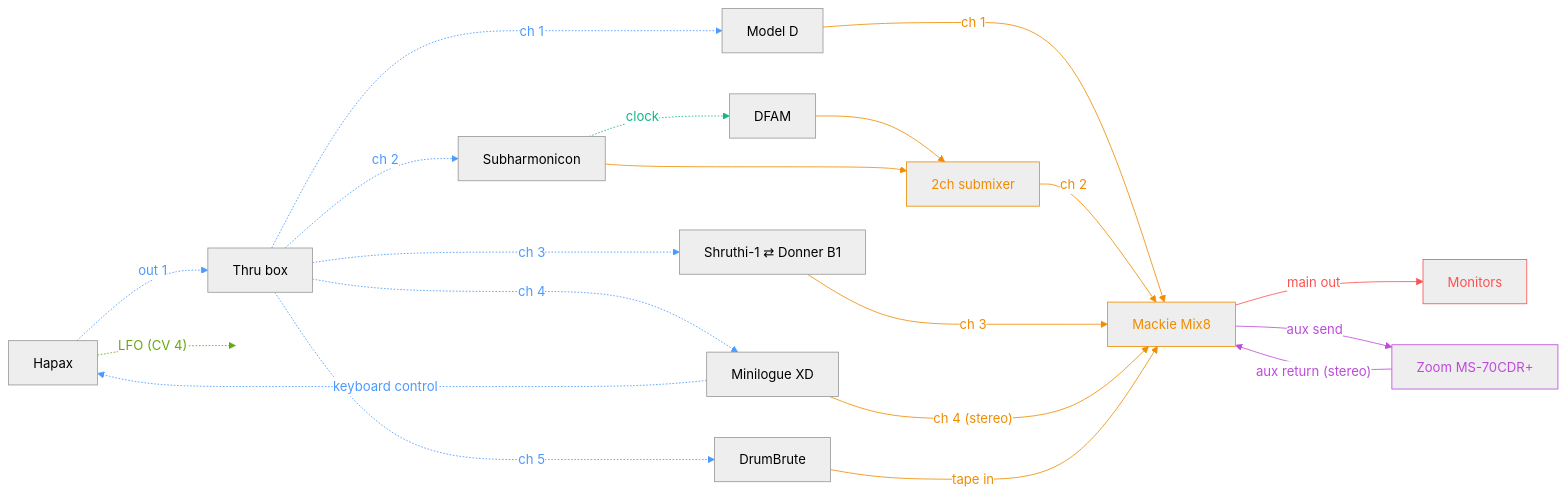
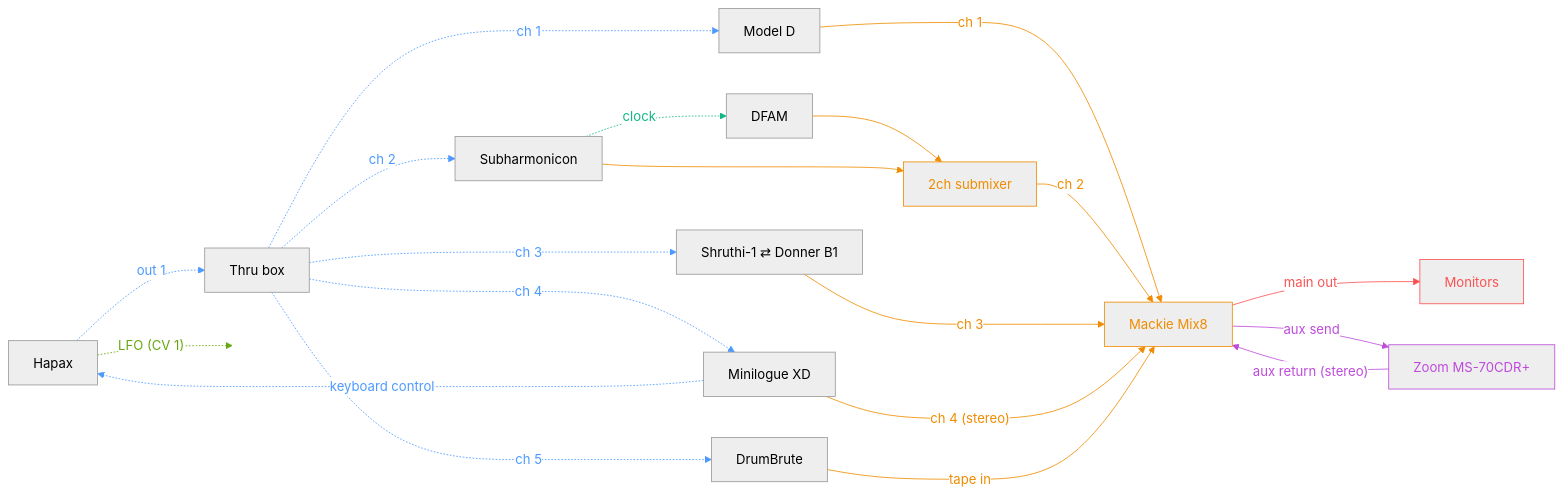
One commit to saponace/synth-setup changed the diagram in README.md. Above: the diagram before and after it, drawn with Mermaid.

Commit message:
Move LFO spare output to CV 1 (CV-only, no gate cable)

````diff
--- a/README.md
+++ b/README.md
@@ -1,77 +1,77 @@
 ```mermaid
 ---
 config:
   theme: neutral
 ---
 flowchart LR
     %% ----- One color per connection group -----
     classDef midi stroke:#4c9aff,color:#4c9aff
     classDef clock stroke:#12b886,color:#12b886
     classDef cv stroke:#66a80f,color:#66a80f
     classDef mixer stroke:#f08c00,color:#f08c00
     classDef fx stroke:#be4bdb,color:#be4bdb
     classDef monitoring stroke:#fa5252,color:#fa5252
 
     %% ===== Sequencer brain =====
     HAPAX["Hapax"]
     SPLIT["Thru box"]
     SPARECV[" "]
     style SPARECV fill:none,stroke:none
 
     %% ===== Synths =====
     MODELD["Model D"]
     SUBH["Subharmonicon"]
     SWAP["Shruthi-1 ⇄ Donner B1"]
     XD["Minilogue XD"]
     DBI["DrumBrute"]
     DFAM["DFAM"]
 
     %% ===== Mixer / send  =====
     SUBMIX["2ch submixer"]:::mixer
     MIX["Mackie Mix8"]:::mixer
     MON["Monitors"]:::monitoring
     ZOOM["Zoom MS-70CDR+"]:::fx
 
     %% ----- MIDI links -----
     HAPAX midi0@-. "out 1" .-> SPLIT
     SPLIT midi1@-. "ch 1" .-> MODELD
     SPLIT midi5@-. "ch 2" .-> SUBH
     SPLIT midi3@-. "ch 3" .-> SWAP
     SPLIT midi4@-. "ch 4" .-> XD
     SPLIT midi2@-. "ch 5" .-> DBI
     XD midi6@-. "keyboard control" .-> HAPAX
     class midi0,midi1,midi2,midi3,midi4,midi5,midi6 midi
 
     %% ----- CV links (pitch/mod) -----
-    HAPAX cv1@-. "LFO (CV 4)" .-> SPARECV
+    HAPAX cv1@-. "LFO (CV 1)" .-> SPARECV
     class cv1 cv
 
     %% ----- Clock links -----
     SUBH clk1@-. "clock" .-> DFAM
     class clk1 clock
 
     %% ----- Audio links -----
     %% (the ~~~ invisible links anchor each direct-to-mixer synth to
     %% the submixer's rank/column, keeping all six synths aligned since
     %% DFAM/Subharmonicon's longer path via the submixer would otherwise
     %% pull Mackie Mix8 further out and split the column)
     MODELD ~~~ SUBMIX
     DFAM audio1@--> SUBMIX
     MODELD audio3@-- "ch 1" --> MIX
     SUBH audio2@--> SUBMIX
     SUBMIX audio4@-- "ch 2" --> MIX
     SWAP audio5@-- "ch 3" --> MIX
     XD audio6@-- "ch 4 (stereo)" --> MIX
     DBI audio7@-- "tape in" --> MIX
     SWAP ~~~ SUBMIX
     XD ~~~ SUBMIX
     DBI ~~~ SUBMIX
     class audio1,audio2,audio3,audio4,audio5,audio6,audio7 mixer
 
     MIX out@-- "main out" --> MON
     class out monitoring
 
     MIX fxSend@-- "aux send" --> ZOOM
     ZOOM fxReturn@-- "aux return (stereo)" --> MIX
     class fxSend,fxReturn fx
 ```
````
